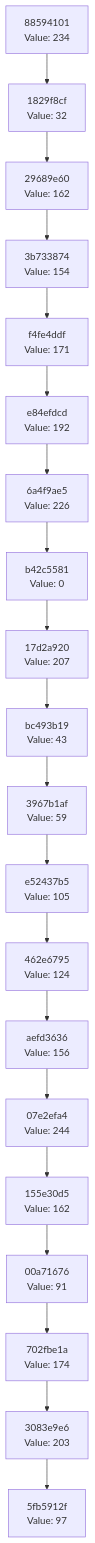
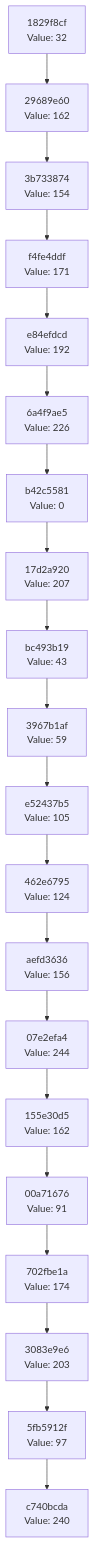
Before and after one commit to Abhisheksinha1506/hash-chain-evolver: the diagram in docs/CHAIN_VISUALIZATION.md, drawn with Mermaid. The commit also changed 3 other files, not shown here.

````diff
--- a/docs/CHAIN_VISUALIZATION.md
+++ b/docs/CHAIN_VISUALIZATION.md
@@ -3,42 +3,42 @@
 ```mermaid
 graph TD
-    C0["5fb5912f<br/>Value: 97"]
-    C1["3083e9e6<br/>Value: 203"]
+    C0["c740bcda<br/>Value: 240"]
+    C1["5fb5912f<br/>Value: 97"]
     C1 --> C0
-    C2["702fbe1a<br/>Value: 174"]
+    C2["3083e9e6<br/>Value: 203"]
     C2 --> C1
-    C3["00a71676<br/>Value: 91"]
+    C3["702fbe1a<br/>Value: 174"]
     C3 --> C2
-    C4["155e30d5<br/>Value: 162"]
+    C4["00a71676<br/>Value: 91"]
     C4 --> C3
-    C5["07e2efa4<br/>Value: 244"]
+    C5["155e30d5<br/>Value: 162"]
     C5 --> C4
-    C6["aefd3636<br/>Value: 156"]
+    C6["07e2efa4<br/>Value: 244"]
     C6 --> C5
-    C7["462e6795<br/>Value: 124"]
+    C7["aefd3636<br/>Value: 156"]
     C7 --> C6
-    C8["e52437b5<br/>Value: 105"]
+    C8["462e6795<br/>Value: 124"]
     C8 --> C7
-    C9["3967b1af<br/>Value: 59"]
+    C9["e52437b5<br/>Value: 105"]
     C9 --> C8
-    C10["bc493b19<br/>Value: 43"]
+    C10["3967b1af<br/>Value: 59"]
     C10 --> C9
-    C11["17d2a920<br/>Value: 207"]
+    C11["bc493b19<br/>Value: 43"]
     C11 --> C10
-    C12["b42c5581<br/>Value: 0"]
+    C12["17d2a920<br/>Value: 207"]
     C12 --> C11
-    C13["6a4f9ae5<br/>Value: 226"]
+    C13["b42c5581<br/>Value: 0"]
     C13 --> C12
-    C14["e84efdcd<br/>Value: 192"]
+    C14["6a4f9ae5<br/>Value: 226"]
     C14 --> C13
-    C15["f4fe4ddf<br/>Value: 171"]
+    C15["e84efdcd<br/>Value: 192"]
     C15 --> C14
-    C16["3b733874<br/>Value: 154"]
+    C16["f4fe4ddf<br/>Value: 171"]
     C16 --> C15
-    C17["29689e60<br/>Value: 162"]
+    C17["3b733874<br/>Value: 154"]
     C17 --> C16
-    C18["1829f8cf<br/>Value: 32"]
+    C18["29689e60<br/>Value: 162"]
     C18 --> C17
-    C19["88594101<br/>Value: 234"]
+    C19["1829f8cf<br/>Value: 32"]
     C19 --> C18
 ```
````
